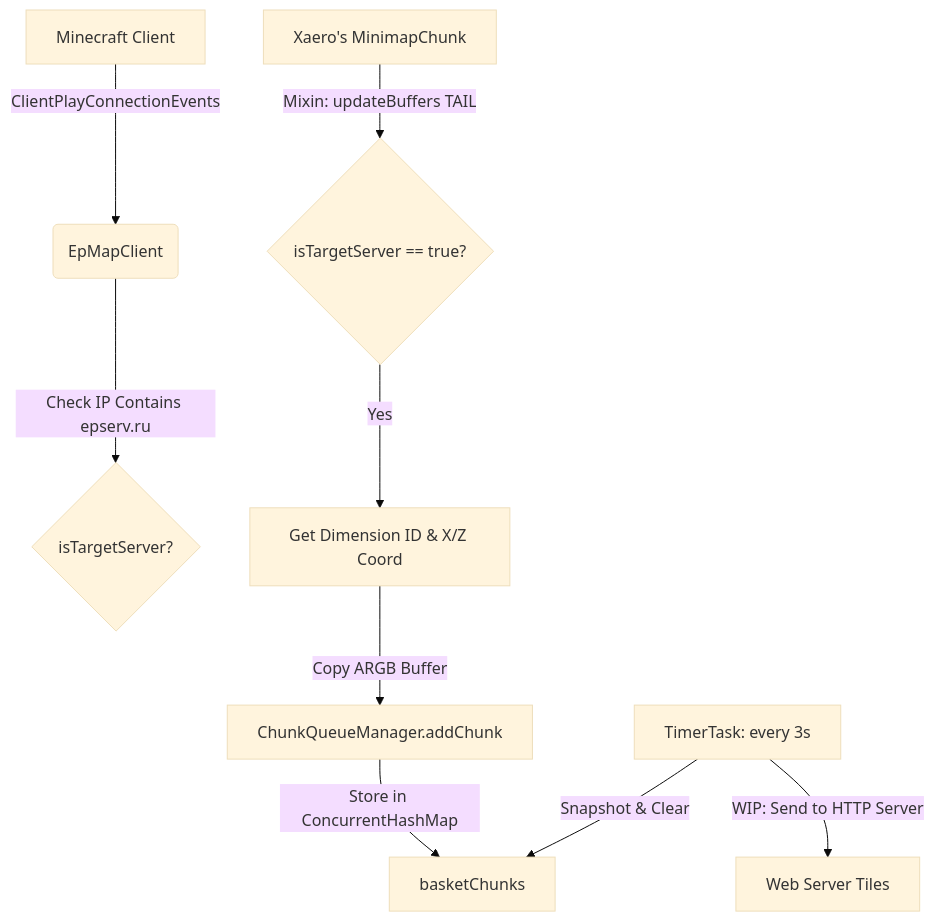
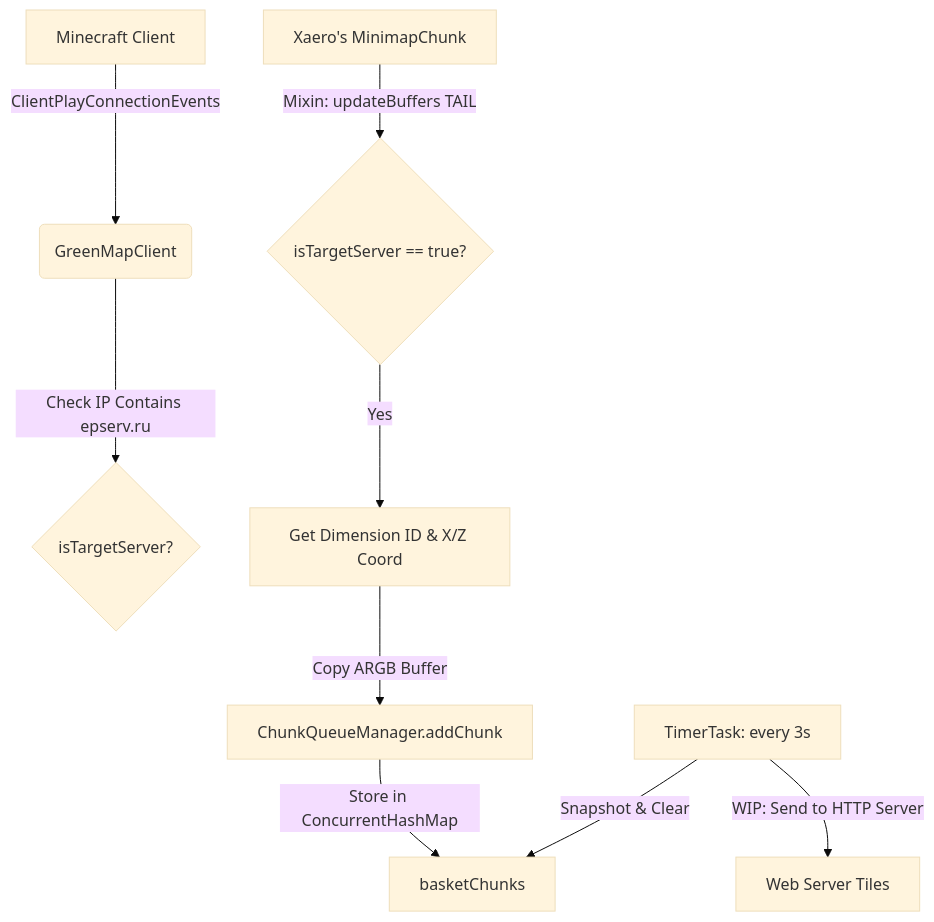
Before and after one commit to Greamples/GreenMap: the diagram in AGENTS.md, drawn with Mermaid (base theme). The commit also changed other lines of this file and 7 other files, not shown here.

Commit message:
chore: Rename to `GreenMap`

````diff
--- a/AGENTS.md
+++ b/AGENTS.md
@@ -41,11 +41,11 @@
 ```mermaid
 graph TD
-    A[Minecraft Client] -->|ClientPlayConnectionEvents| B(EpMapClient)
+    A[Minecraft Client] -->|ClientPlayConnectionEvents| B(GreenMapClient)
     B -->|Check IP Contains epserv.ru| C{isTargetServer?}
     D[Xaero's MinimapChunk] -->|Mixin: updateBuffers TAIL| E{isTargetServer == true?}
     E -->|Yes| F[Get Dimension ID & X/Z Coord]
     F -->|Copy ARGB Buffer| G[ChunkQueueManager.addChunk]
     G -->|Store in ConcurrentHashMap| H[basketChunks]
     I[TimerTask: every 3s] -->|Snapshot & Clear| H
     I -->|WIP: Send to HTTP Server| J[Web Server Tiles]
 ```
````
